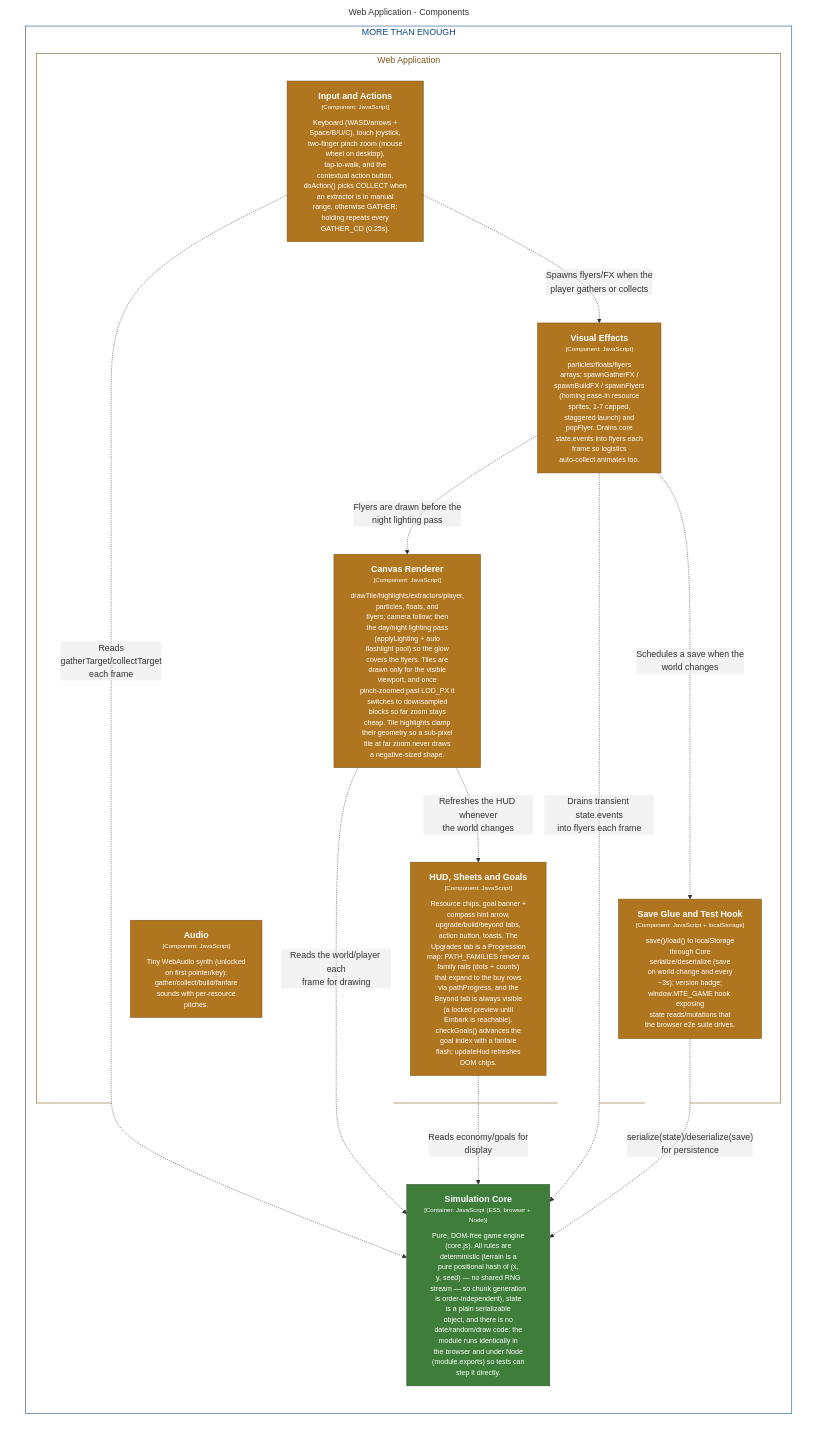
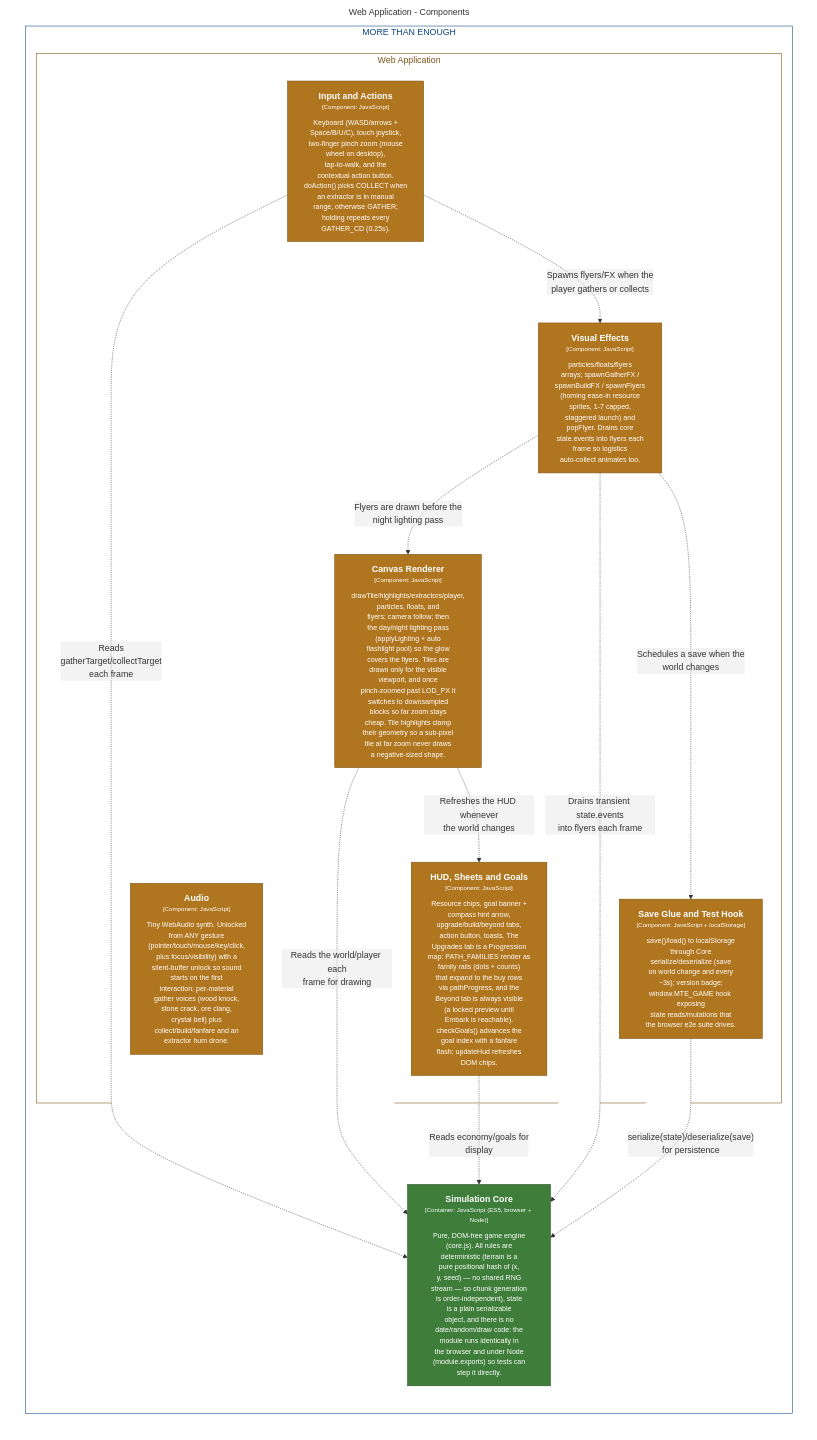
The diagram in structurizr/diagrams/AppComponents.mmd (bitkojine/more-than-enough), drawn with Mermaid before and after one commit. The commit also changed 8 other files, not shown here.

First line of the commit message:
v0.13.0: fix — audio starts on first gesture; per-material gather voices

```diff
--- a/structurizr/diagrams/AppComponents.mmd
+++ b/structurizr/diagrams/AppComponents.mmd
@@ -1,42 +1,42 @@
 %% Generated from structurizr/workspace.dsl — do not edit; run: node structurizr/scripts/structurizr.mjs mermaid
 graph LR
   linkStyle default fill:#ffffff
 
   subgraph diagram ["Web Application - Components"]
     style diagram fill:#ffffff,stroke:#ffffff
 
     subgraph 3 ["MORE THAN ENOUGH"]
       style 3 fill:#ffffff,stroke:#0b4884,color:#0b4884
 
       subgraph 4 ["Web Application"]
         style 4 fill:#ffffff,stroke:#7b5215,color:#7b5215
 
         10["<div style='font-weight: bold'>Save Glue and Test Hook</div><div style='font-size: 70%; margin-top: 0px'>[Component: JavaScript + localStorage]</div><div style='font-size: 80%; margin-top:10px'>save()/load() to localStorage<br />through Core<br />serialize/deserialize (save<br />on world change and every<br />~3s); version badge;<br />window.MTE_GAME hook exposing<br />state reads/mutations that<br />the browser e2e suite drives.</div>"]
         style 10 fill:#b0761f,stroke:#7b5215,color:#ffffff
         5["<div style='font-weight: bold'>Input and Actions</div><div style='font-size: 70%; margin-top: 0px'>[Component: JavaScript]</div><div style='font-size: 80%; margin-top:10px'>Keyboard (WASD/arrows +<br />Space/B/U/C), touch joystick,<br />two-finger pinch zoom (mouse<br />wheel on desktop),<br />tap-to-walk, and the<br />contextual action button.<br />doAction() picks COLLECT when<br />an extractor is in manual<br />range, otherwise GATHER;<br />holding repeats every<br />GATHER_CD (0.25s).</div>"]
         style 5 fill:#b0761f,stroke:#7b5215,color:#ffffff
         6["<div style='font-weight: bold'>Canvas Renderer</div><div style='font-size: 70%; margin-top: 0px'>[Component: JavaScript]</div><div style='font-size: 80%; margin-top:10px'>drawTile/highlights/extractors/player,<br />particles, floats, and<br />flyers; camera follow; then<br />the day/night lighting pass<br />(applyLighting + auto<br />flashlight pool) so the glow<br />covers the flyers. Tiles are<br />drawn only for the visible<br />viewport, and once<br />pinch-zoomed past LOD_PX it<br />switches to downsampled<br />blocks so far zoom stays<br />cheap. Tile highlights clamp<br />their geometry so a sub-pixel<br />tile at far zoom never draws<br />a negative-sized shape.</div>"]
         style 6 fill:#b0761f,stroke:#7b5215,color:#ffffff
         7["<div style='font-weight: bold'>Visual Effects</div><div style='font-size: 70%; margin-top: 0px'>[Component: JavaScript]</div><div style='font-size: 80%; margin-top:10px'>particles/floats/flyers<br />arrays; spawnGatherFX /<br />spawnBuildFX / spawnFlyers<br />(homing ease-in resource<br />sprites, 1-7 capped,<br />staggered launch) and<br />popFlyer. Drains core<br />state.events into flyers each<br />frame so logistics<br />auto-collect animates too.</div>"]
         style 7 fill:#b0761f,stroke:#7b5215,color:#ffffff
         8["<div style='font-weight: bold'>HUD, Sheets and Goals</div><div style='font-size: 70%; margin-top: 0px'>[Component: JavaScript]</div><div style='font-size: 80%; margin-top:10px'>Resource chips, goal banner +<br />compass hint arrow,<br />upgrade/build/beyond tabs,<br />action button, toasts. The<br />Upgrades tab is a Progression<br />map: PATH_FAMILIES render as<br />family rails (dots + counts)<br />that expand to the buy rows<br />via pathProgress, and the<br />Beyond tab is always visible<br />(a locked preview until<br />Embark is reachable).<br />checkGoals() advances the<br />goal index with a fanfare<br />flash; updateHud refreshes<br />DOM chips.</div>"]
         style 8 fill:#b0761f,stroke:#7b5215,color:#ffffff
-        9["<div style='font-weight: bold'>Audio</div><div style='font-size: 70%; margin-top: 0px'>[Component: JavaScript]</div><div style='font-size: 80%; margin-top:10px'>Tiny WebAudio synth (unlocked<br />on first pointer/key):<br />gather/collect/build/fanfare<br />sounds with per-resource<br />pitches.</div>"]
+        9["<div style='font-weight: bold'>Audio</div><div style='font-size: 70%; margin-top: 0px'>[Component: JavaScript]</div><div style='font-size: 80%; margin-top:10px'>Tiny WebAudio synth. Unlocked<br />from ANY gesture<br />(pointer/touch/mouse/key/click,<br />plus focus/visibility) with a<br />silent-buffer unlock so sound<br />starts on the first<br />interaction; per-material<br />gather voices (wood knock,<br />stone crack, ore clang,<br />crystal bell) plus<br />collect/build/fanfare and an<br />extractor hum drone.</div>"]
         style 9 fill:#b0761f,stroke:#7b5215,color:#ffffff
       end
 
       11["<div style='font-weight: bold'>Simulation Core</div><div style='font-size: 70%; margin-top: 0px'>[Container: JavaScript (ES5, browser + Node)]</div><div style='font-size: 80%; margin-top:10px'>Pure, DOM-free game engine<br />(core.js). All rules are<br />deterministic (terrain is a<br />pure positional hash of (x,<br />y, seed) — no shared RNG<br />stream — so chunk generation<br />is order-independent), state<br />is a plain serializable<br />object, and there is no<br />date/random/draw code: the<br />module runs identically in<br />the browser and under Node<br />(module.exports) so tests can<br />step it directly.</div>"]
       style 11 fill:#3f7d3a,stroke:#2c5728,color:#ffffff
     end
 
     5-. "<div>Reads<br />gatherTarget/collectTarget<br />each frame</div><div style='font-size: 70%'></div>" .->11
     6-. "<div>Reads the world/player each<br />frame for drawing</div><div style='font-size: 70%'></div>" .->11
     8-. "<div>Reads economy/goals for<br />display</div><div style='font-size: 70%'></div>" .->11
     5-. "<div>Spawns flyers/FX when the<br />player gathers or collects</div><div style='font-size: 70%'></div>" .->7
     7-. "<div>Drains transient state.events<br />into flyers each frame</div><div style='font-size: 70%'></div>" .->11
     7-. "<div>Flyers are drawn before the<br />night lighting pass</div><div style='font-size: 70%'></div>" .->6
     7-. "<div>Schedules a save when the<br />world changes</div><div style='font-size: 70%'></div>" .->10
     6-. "<div>Refreshes the HUD whenever<br />the world changes</div><div style='font-size: 70%'></div>" .->8
     10-. "<div>serialize(state)/deserialize(save)<br />for persistence</div><div style='font-size: 70%'></div>" .->11
 
   end
```
